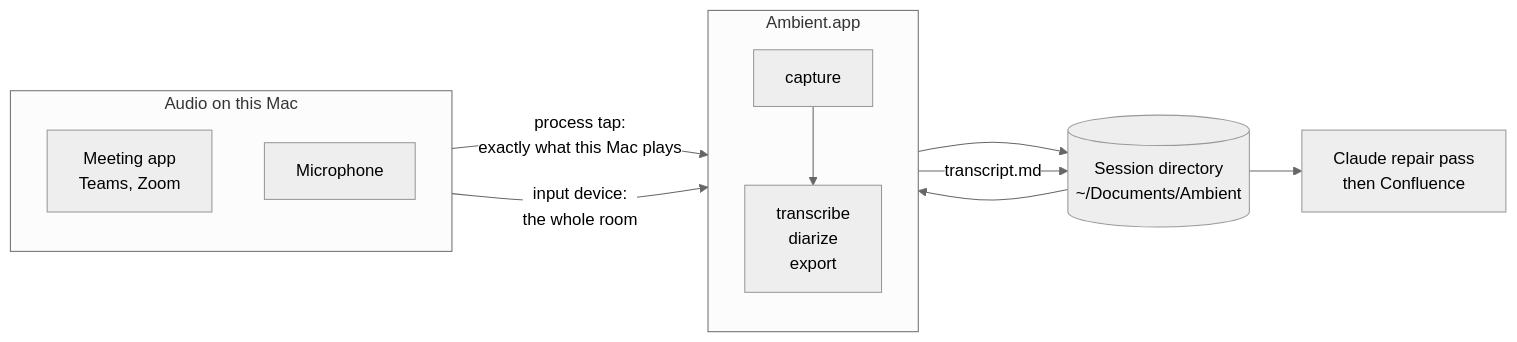
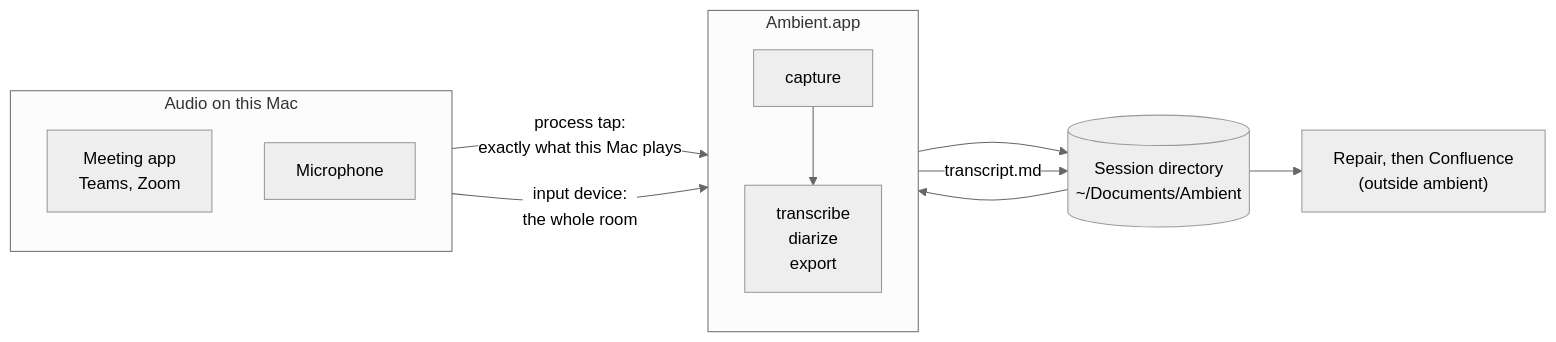
Before and after one commit to jasonm4130-labs/ambient: the first of 2 diagrams in docs/architecture/index.md, drawn with Mermaid (neutral theme). The commit also changed 10 other files, not shown here.

````diff
--- a/docs/architecture/index.md
+++ b/docs/architecture/index.md
@@ -13,25 +13,25 @@
 ```mermaid
 flowchart LR
     subgraph sources["Audio on this Mac"]
         direction TB
         meeting["Meeting app<br/>Teams, Zoom"]
         room["Microphone"]
     end
 
     subgraph app["Ambient.app"]
         direction TB
         capture["capture"]
         process["transcribe<br/>diarize<br/>export"]
         capture --> process
     end
 
     disk[("Session directory<br/>~/Documents/Ambient")]
-    downstream["Claude repair pass<br/>then Confluence"]
+    downstream["Repair, then Confluence<br/>(outside ambient)"]
 
     meeting -->|"process tap:<br/>exactly what this Mac plays"| capture
     room -->|"input device:<br/>the whole room"| capture
     capture --> disk
     disk --> process
     process -->|transcript.md| disk
     disk --> downstream
 ```
````
